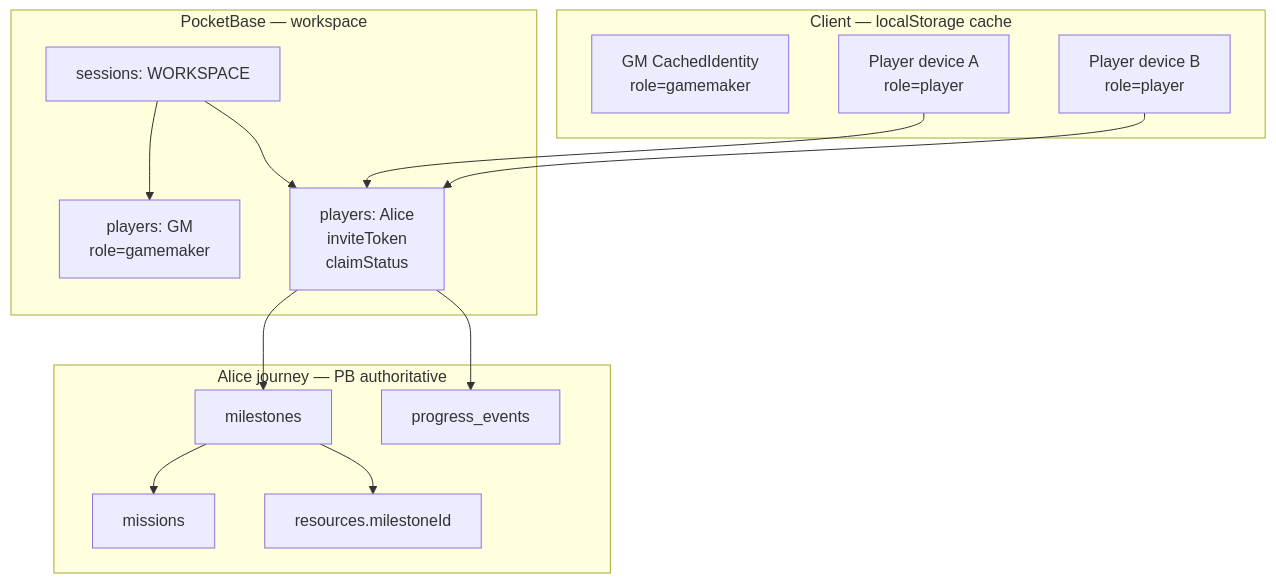
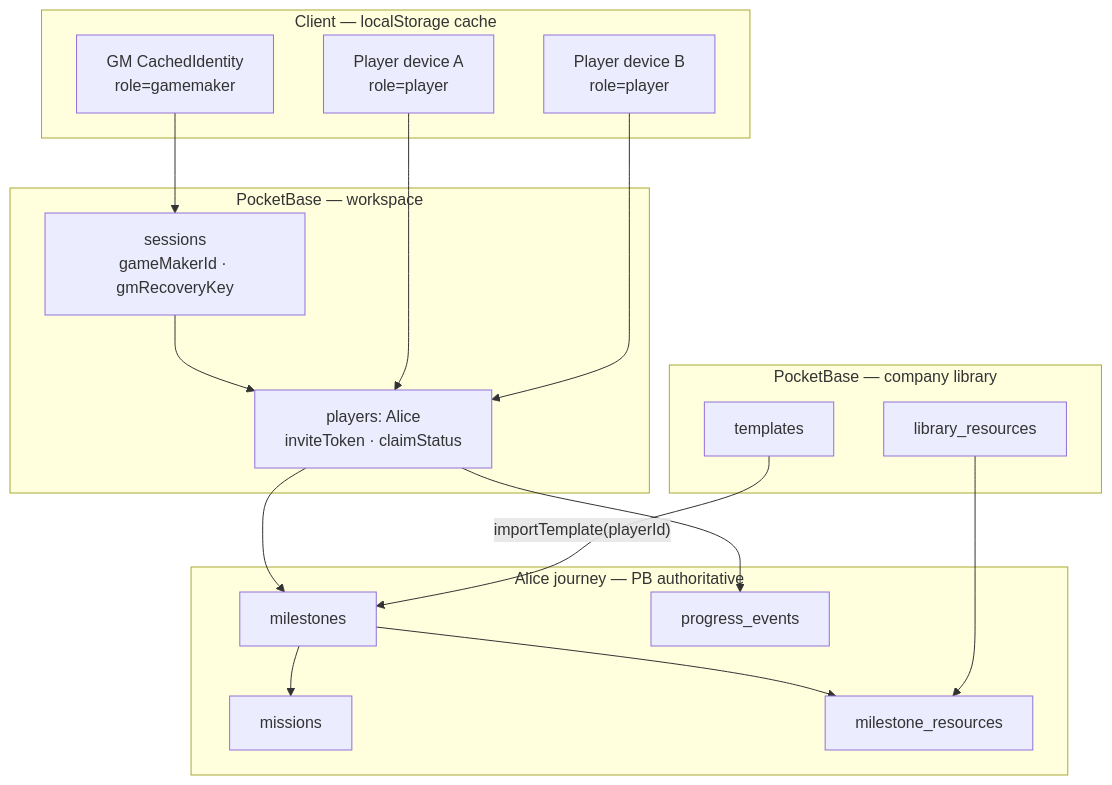
One commit to hoonsubin/messe-buddy-app changed the diagram in SPECS.md. Above: the diagram before and after it, drawn with Mermaid. The commit also changed other lines of this file and 2 other files, not shown here.

````diff
--- a/SPECS.md
+++ b/SPECS.md
@@ -374,29 +383,35 @@
 ```mermaid
 flowchart TB
     subgraph client ["Client — localStorage cache"]
         GMI["GM CachedIdentity<br/>role=gamemaker"]
         PI1["Player device A<br/>role=player"]
         PI2["Player device B<br/>role=player"]
     end
 
+    subgraph global ["PocketBase — company library"]
+        T["templates"]
+        LR["library_resources"]
+    end
+
     subgraph workspace ["PocketBase — workspace"]
-        S["sessions: WORKSPACE"]
-        GM["players: GM<br/>role=gamemaker"]
-        P1["players: Alice<br/>inviteToken<br/>claimStatus"]
+        S["sessions<br/>gameMakerId · gmRecoveryKey"]
+        P1["players: Alice<br/>inviteToken · claimStatus"]
     end
 
     subgraph journey ["Alice journey — PB authoritative"]
         MS1["milestones"]
         MI1["missions"]
-        R1["resources.milestoneId"]
+        MR1["milestone_resources"]
         E1["progress_events"]
     end
 
-    S --> GM
     S --> P1
     P1 --> MS1 --> MI1
-    MS1 --> R1
+    MS1 --> MR1
+    LR --> MR1
     P1 --> E1
+    T -->|"importTemplate(playerId)"| MS1
+    GMI --> S
     PI1 --> P1
     PI2 --> P1
 ```
````
